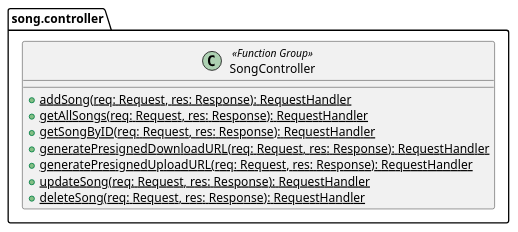
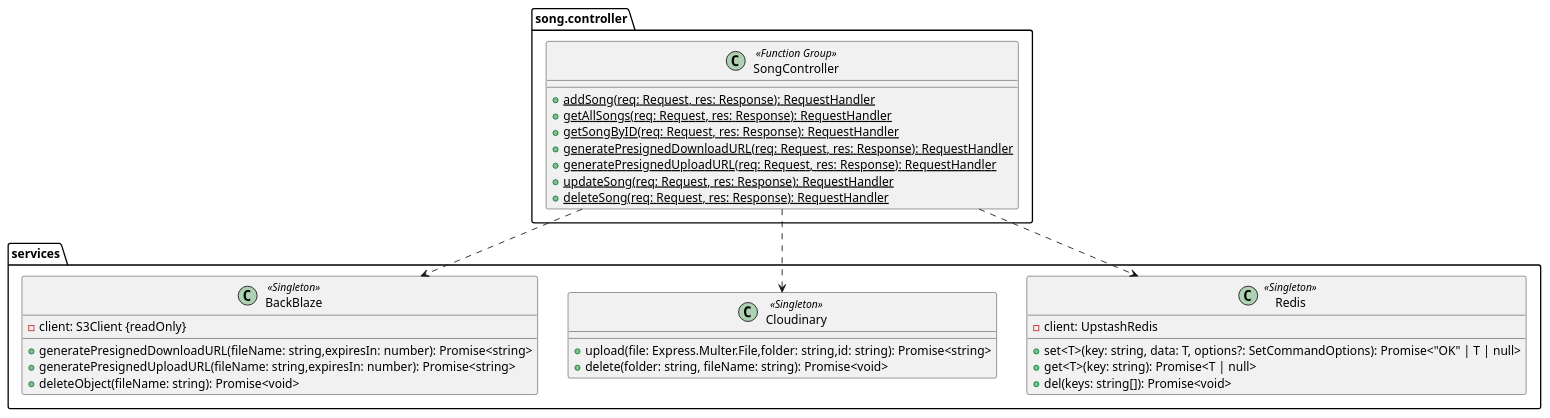
Before and after one commit to MusikStreaming/MusikStreamingBE: the diagram in diagrams/packages/controllers/song.puml, drawn with PlantUML. The commit also changed 19 other files, not shown here.

Commit message:
[UPDATE]: fixing class diagrams

```diff
--- a/diagrams/packages/controllers/song.puml
+++ b/diagrams/packages/controllers/song.puml
@@ -1,16 +1,41 @@
 @startuml
 
 set separator none
 package song.controller {
     class SongController <<Function Group>> {
         + {static} addSong(req: Request, res: Response): RequestHandler
         + {static} getAllSongs(req: Request, res: Response): RequestHandler
         + {static} getSongByID(req: Request, res: Response): RequestHandler
         + {static} generatePresignedDownloadURL(req: Request, res: Response): RequestHandler
         + {static} generatePresignedUploadURL(req: Request, res: Response): RequestHandler
         + {static} updateSong(req: Request, res: Response): RequestHandler
         + {static} deleteSong(req: Request, res: Response): RequestHandler
     }
 }
 
+package services {
+    class Redis <<Singleton>> {
+        - client: UpstashRedis
+
+        + set<T>(key: string, data: T, options?: SetCommandOptions): Promise<"OK" | T | null>
+        + get<T>(key: string): Promise<T | null>
+        + del(keys: string[]): Promise<void>
+    }
+    class Cloudinary <<Singleton>> {
+        + upload(file: Express.Multer.File,folder: string,id: string): Promise<string>
+        + delete(folder: string, fileName: string): Promise<void>
+    }
+    class BackBlaze <<Singleton>> {
+        - client: S3Client {readOnly}
+
+        + generatePresignedDownloadURL(fileName: string,expiresIn: number): Promise<string>
+        + generatePresignedUploadURL(fileName: string,expiresIn: number): Promise<string>
+        + deleteObject(fileName: string): Promise<void>
+    }
+}
+
+SongController ..> Redis
+SongController ..> Cloudinary
+SongController ..> BackBlaze
+
 @enduml
```
